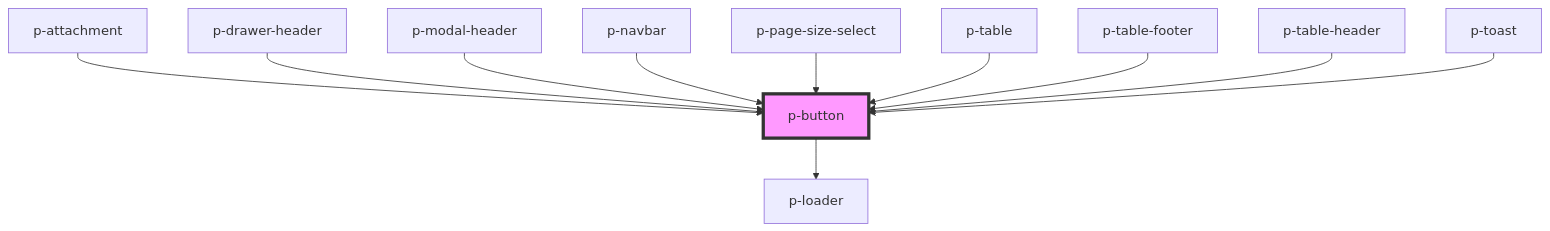
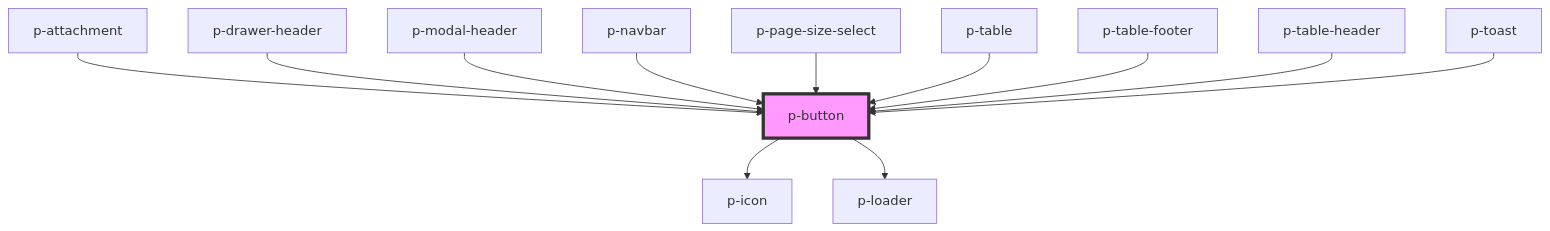
The diagram in packages/core/src/components/molecules/button/readme.md (Employes/paperless), drawn with Mermaid before and after one commit. The commit also changed other lines of this file and 206 other files, not shown here.

````diff
--- a/packages/core/src/components/molecules/button/readme.md
+++ b/packages/core/src/components/molecules/button/readme.md
@@ -58,14 +59,15 @@
 ```mermaid
 graph TD;
+  p-button --> p-icon
   p-button --> p-loader
   p-attachment --> p-button
   p-drawer-header --> p-button
   p-modal-header --> p-button
   p-navbar --> p-button
   p-page-size-select --> p-button
   p-table --> p-button
   p-table-footer --> p-button
   p-table-header --> p-button
   p-toast --> p-button
   style p-button fill:#f9f,stroke:#333,stroke-width:4px
 ```
````
